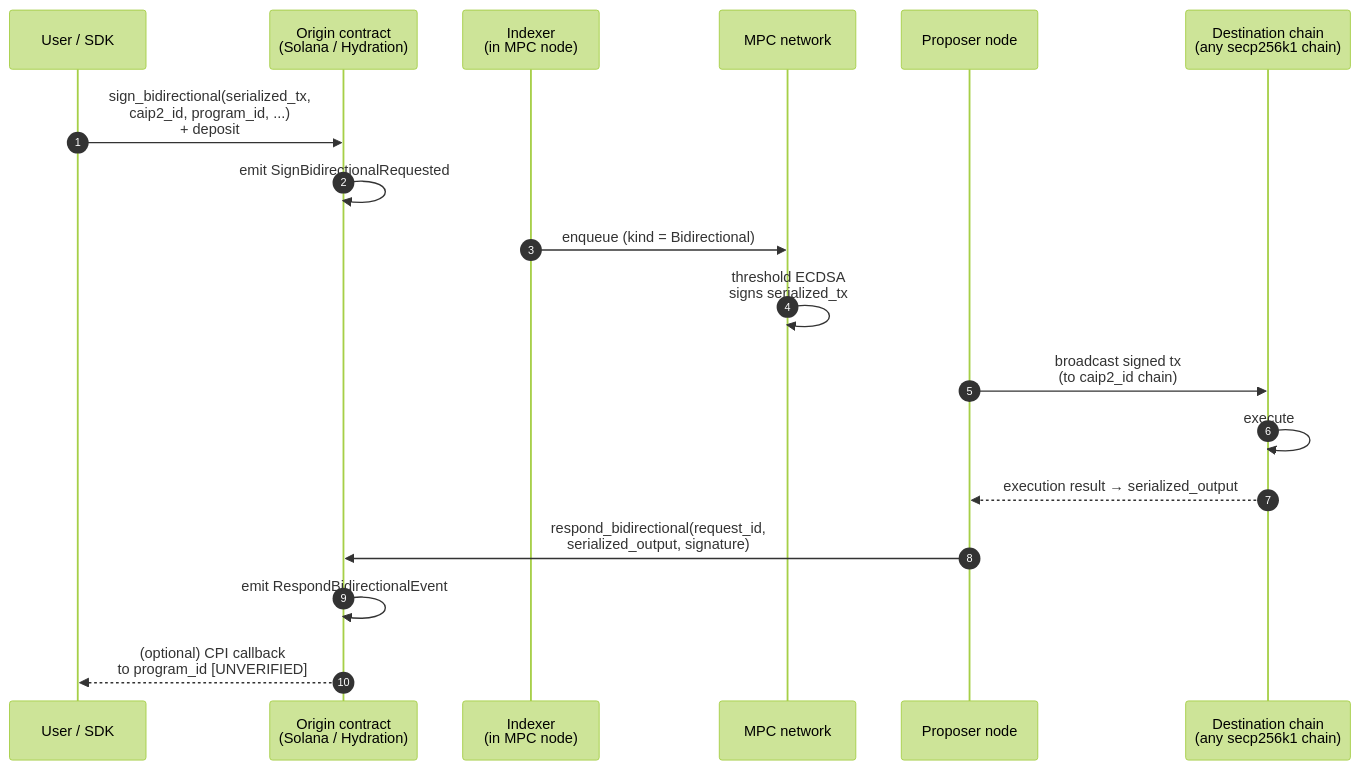
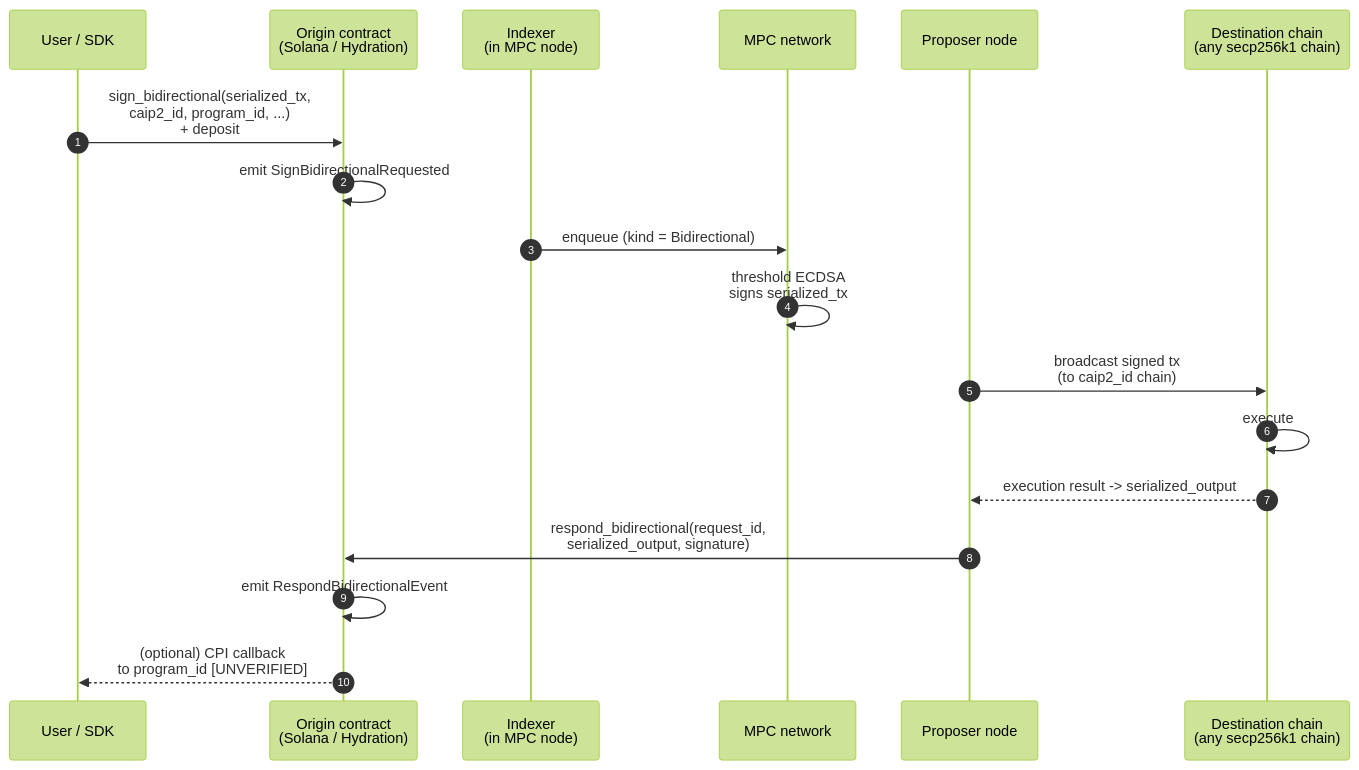
The third of 3 diagrams in doc/onboarding/02-architecture.md (BRBussy/mpc), drawn with Mermaid (forest theme) before and after one commit. The commit also changed other lines of this file, not shown here.

First line of the commit message:
doc: fix Flow B mermaid parse error

````diff
--- a/doc/onboarding/02-architecture.md
+++ b/doc/onboarding/02-architecture.md
@@ -95,21 +95,21 @@
 ```mermaid
 sequenceDiagram
     autonumber
     participant U as User / SDK
     participant OC as Origin contract<br/>(Solana / Hydration)
     participant IDX as Indexer<br/>(in MPC node)
     participant NET as MPC network
     participant PR as Proposer node
     participant DC as Destination chain<br/>(any secp256k1 chain)
 
     U->>OC: sign_bidirectional(serialized_tx,<br/>caip2_id, program_id, ...)<br/>+ deposit
     OC->>OC: emit SignBidirectionalRequested
     IDX->>NET: enqueue (kind = Bidirectional)
     NET->>NET: threshold ECDSA<br/>signs serialized_tx
     PR->>DC: broadcast signed tx<br/>(to caip2_id chain)
     DC->>DC: execute
-    DC-->>PR: execution result → serialized_output
+    DC-->>PR: execution result -> serialized_output
     PR->>OC: respond_bidirectional(request_id,<br/>serialized_output, signature)
     OC->>OC: emit RespondBidirectionalEvent
     OC-->>U: (optional) CPI callback<br/>to program_id [UNVERIFIED]
 ```
````
